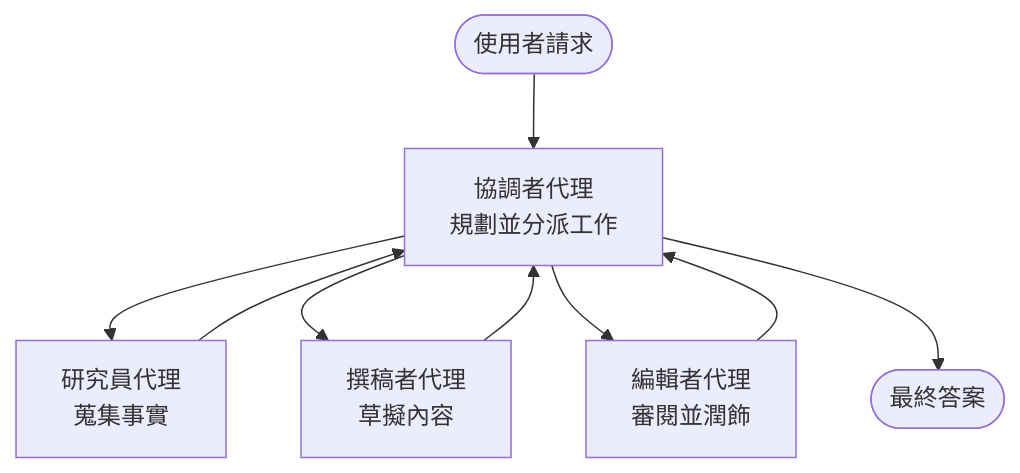
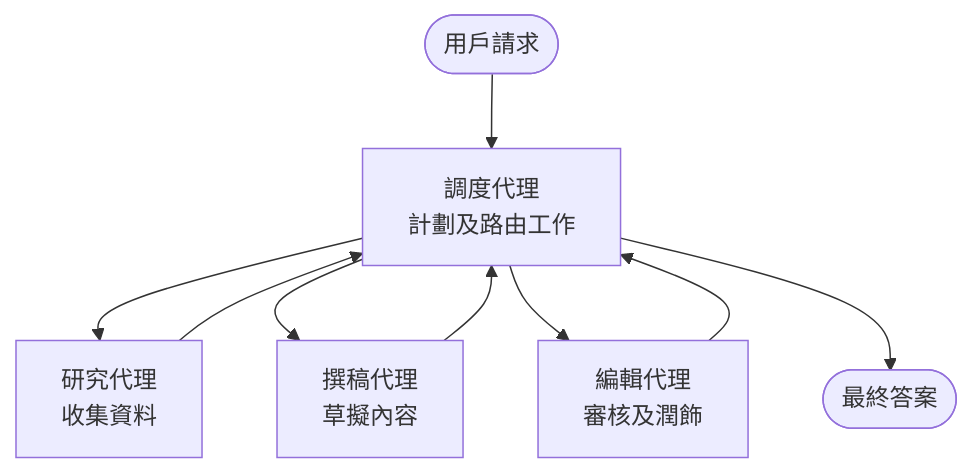
Before and after one commit to microsoft/AZD-for-beginners: the diagram in translations/zh-MO/docs/chapter-05-multi-agent/multi-agent-basics.md, drawn with Mermaid. The commit also changed other lines of this file and 61 other files, not shown here.

````diff
--- a/translations/zh-MO/docs/chapter-05-multi-agent/multi-agent-basics.md
+++ b/translations/zh-MO/docs/chapter-05-multi-agent/multi-agent-basics.md
@@ -43,11 +43,11 @@
 ```mermaid
 graph TD
-    User([使用者請求]) --> Orchestrator[協調者代理<br/>規劃並分派工作]
-    Orchestrator --> Researcher[研究員代理<br/>蒐集事實]
-    Orchestrator --> Writer[撰稿者代理<br/>草擬內容]
-    Orchestrator --> Editor[編輯者代理<br/>審閱並潤飾]
+    User([用戶請求]) --> Orchestrator[調度代理<br/>計劃及路由工作]
+    Orchestrator --> Researcher[研究代理<br/>收集資料]
+    Orchestrator --> Writer[撰稿代理<br/>草擬內容]
+    Orchestrator --> Editor[編輯代理<br/>審核及潤飾]
     Researcher --> Orchestrator
     Writer --> Orchestrator
     Editor --> Orchestrator
     Orchestrator --> Result([最終答案])
 ```
````
